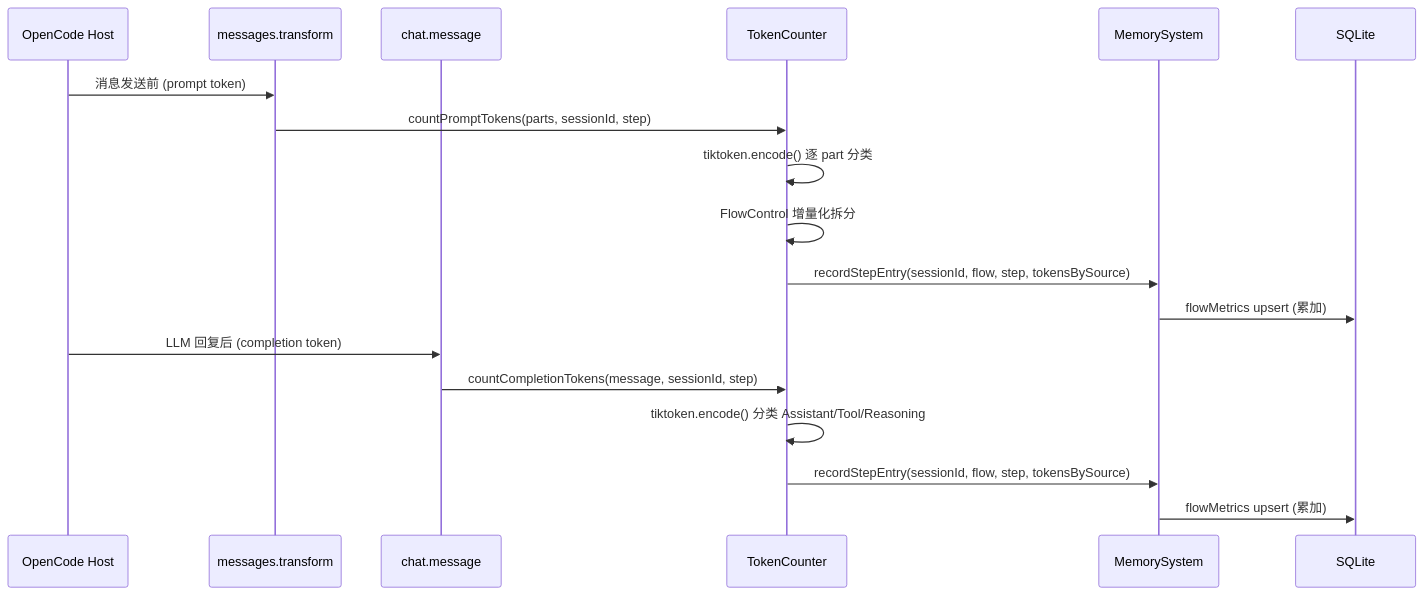
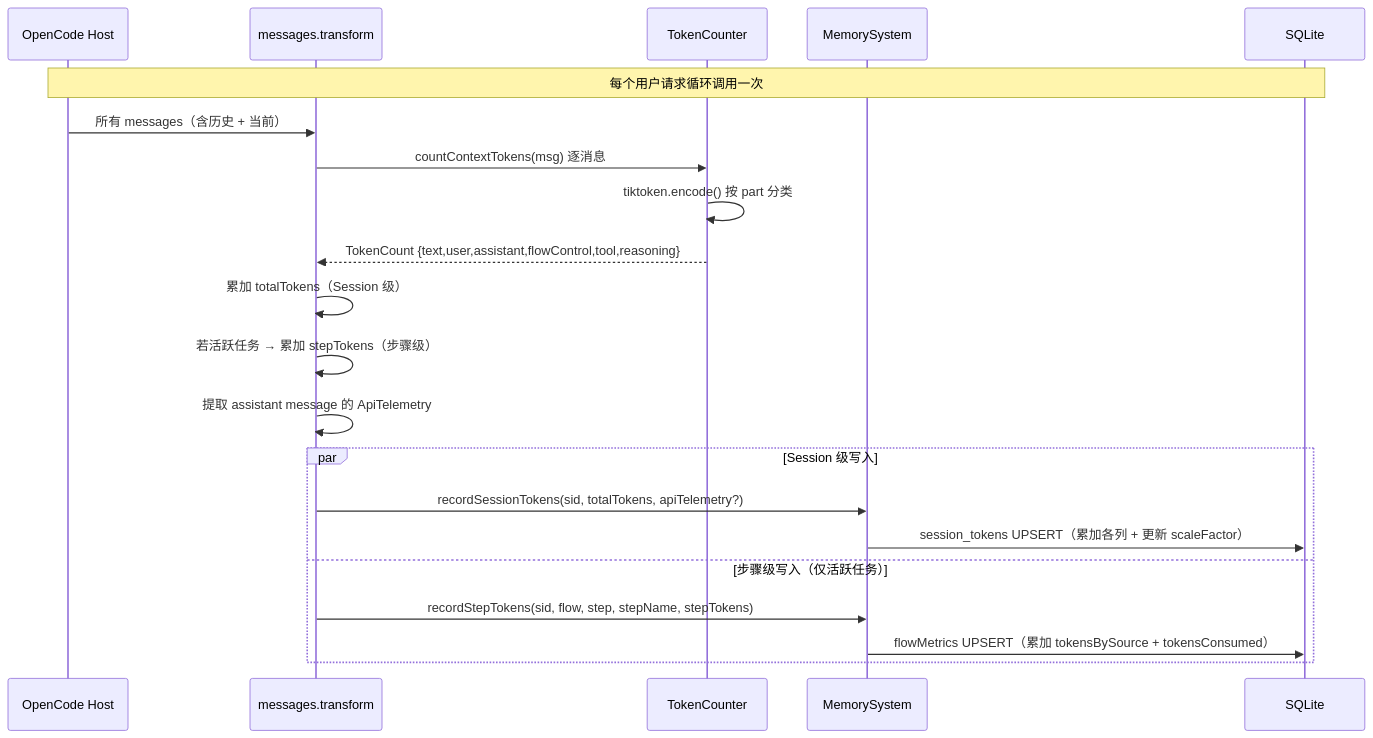
Before and after one commit to hank-cp/opencode-vibe-pm: the diagram in docs/spec/vibe-pm-metrics-collection.md, drawn with Mermaid. The commit also changed other lines of this file, not shown here.

First line of the commit message:
docs(spec): 更新 Metrics 收集 Spec 对齐实际实现

````diff
--- a/docs/spec/vibe-pm-metrics-collection.md
+++ b/docs/spec/vibe-pm-metrics-collection.md
@@ -47,22 +51,27 @@
 ```mermaid
 sequenceDiagram
     participant OC as OpenCode Host
     participant TF as messages.transform
-    participant CM as chat.message
     participant TC as TokenCounter
     participant MS as MemorySystem
     participant DB as SQLite
 
-    OC->>TF: 消息发送前 (prompt token)
-    TF->>TC: countPromptTokens(parts, sessionId, step)
-    TC->>TC: tiktoken.encode() 逐 part 分类
-    TC->>TC: FlowControl 增量化拆分
-    TC->>MS: recordStepEntry(sessionId, flow, step, tokensBySource)
-    MS->>DB: flowMetrics upsert (累加)
+    Note over OC,DB: 每个用户请求循环调用一次
 
-    OC->>CM: LLM 回复后 (completion token)
-    CM->>TC: countCompletionTokens(message, sessionId, step)
-    TC->>TC: tiktoken.encode() 分类 Assistant/Tool/Reasoning
-    TC->>MS: recordStepEntry(sessionId, flow, step, tokensBySource)
-    MS->>DB: flowMetrics upsert (累加)
+    OC->>TF: 所有 messages（含历史 + 当前）
+    TF->>TC: countContextTokens(msg) 逐消息
+    TC->>TC: tiktoken.encode() 按 part 分类
+    TC-->>TF: TokenCount {text,user,assistant,flowControl,tool,reasoning}
+
+    TF->>TF: 累加 totalTokens（Session 级）
+    TF->>TF: 若活跃任务 → 累加 stepTokens（步骤级）
+    TF->>TF: 提取 assistant message 的 ApiTelemetry
+
+    par Session 级写入
+        TF->>MS: recordSessionTokens(sid, totalTokens, apiTelemetry?)
+        MS->>DB: session_tokens UPSERT（累加各列 + 更新 scaleFactor）
+    and 步骤级写入（仅活跃任务）
+        TF->>MS: recordStepTokens(sid, flow, step, stepName, stepTokens)
+        MS->>DB: flowMetrics UPSERT（累加 tokensBySource + tokensConsumed）
+    end
 ```
````
